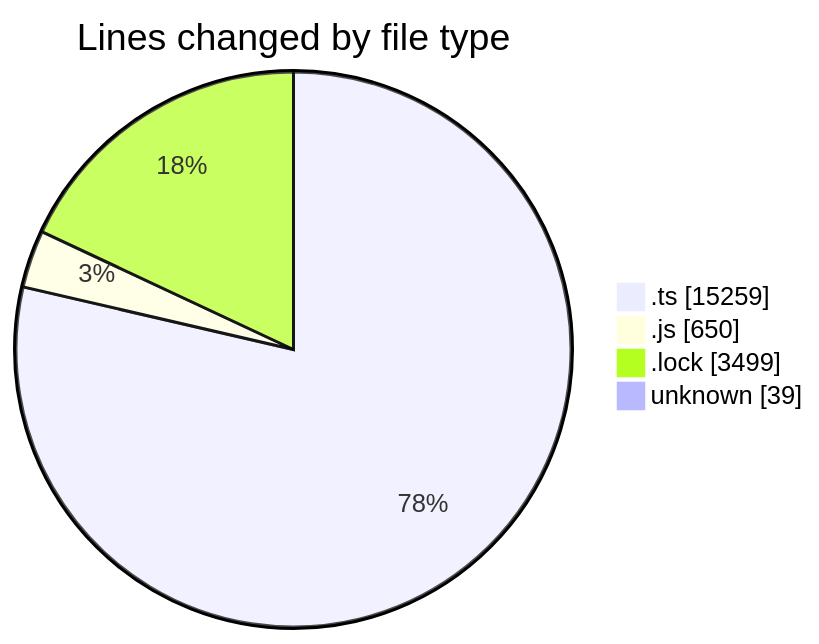
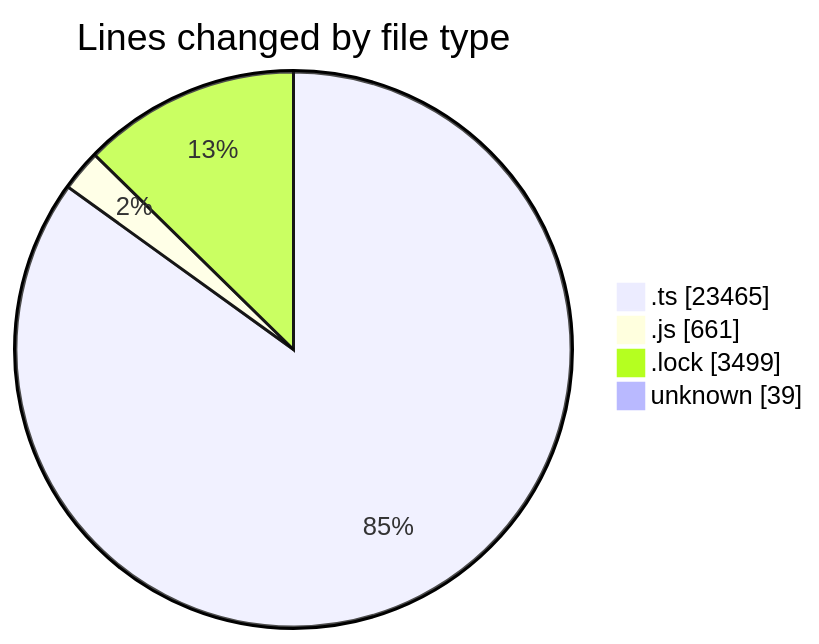
Before and after one commit to momahboobian/code-tracking: the first of 2 diagrams in 2025-05-20/cda/README.md, drawn with Mermaid. The commit also changed other lines of this file and 1 other file, not shown here.

````diff
--- a/2025-05-20/cda/README.md
+++ b/2025-05-20/cda/README.md
@@ -31,8 +32,8 @@
 ```mermaid
 pie showData
 title Lines changed by file type
-".ts" : 15259
-".js" : 650
+".ts" : 23465
+".js" : 661
 ".lock" : 3499
 "unknown" : 39
 ```
````
